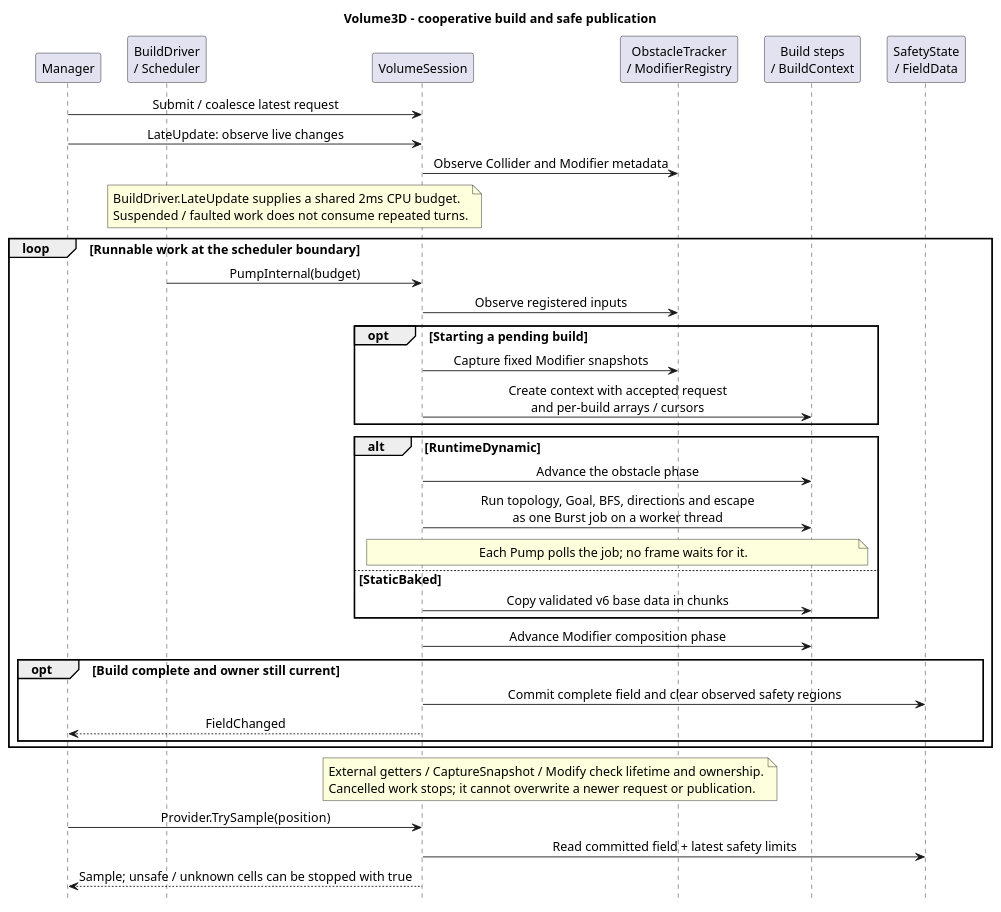
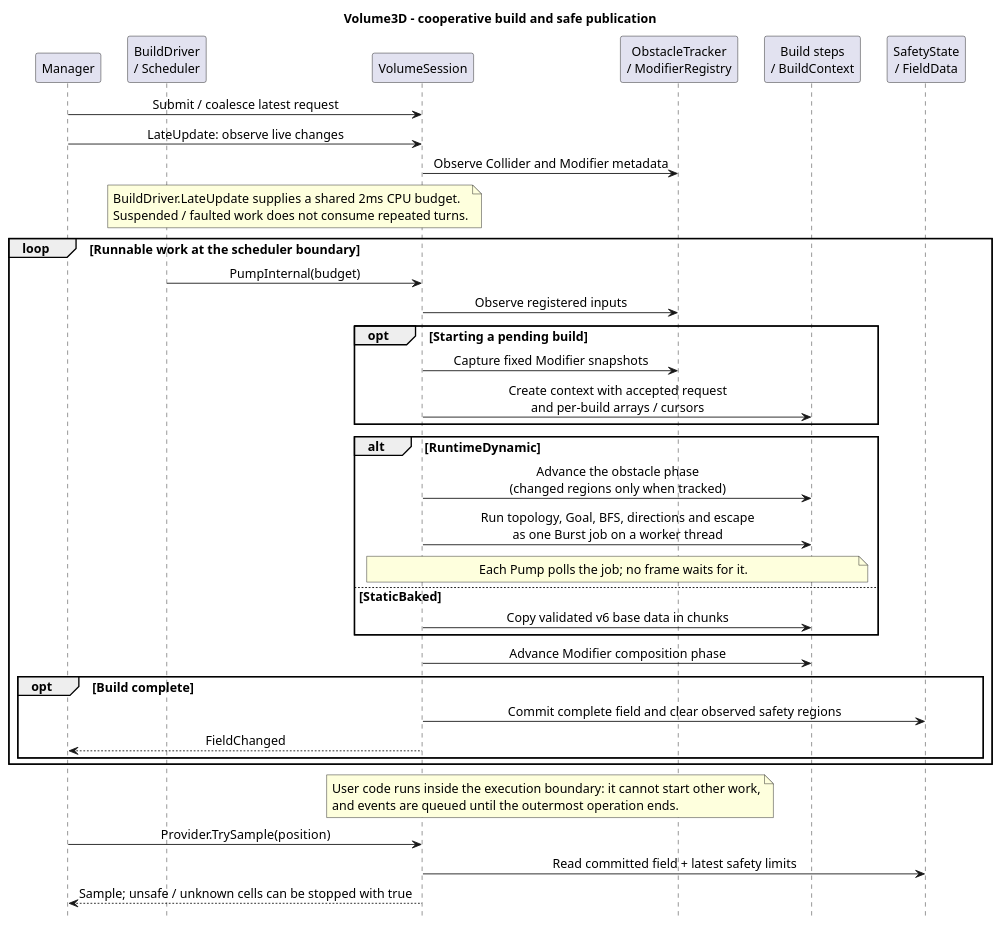
Before and after one commit to youwonsock/tool-unity-editor: the diagram in ToyProject/Assets/_FlowField/Docs/flowfield-volume.puml, drawn with PlantUML. The commit also changed 6 other files, not shown here.

First line of the commit message:
FlowField: 샘플 C 키를 지우고 실제 조작 확인과 문서를 마무리

```diff
--- a/ToyProject/Assets/_FlowField/Docs/flowfield-volume.puml
+++ b/ToyProject/Assets/_FlowField/Docs/flowfield-volume.puml
@@ -1,46 +1,46 @@
 @startuml flowfield-volume
 skinparam shadowing false
 skinparam defaultFontName SansSerif
 skinparam defaultFontSize 14
 skinparam sequenceMessageAlign center
 skinparam ParticipantPadding 10
 skinparam BoxPadding 6
 hide footbox
 title Volume3D - cooperative build and safe publication
 
 participant "Manager" as M
 participant "BuildDriver\n/ Scheduler" as Q
 participant "VolumeSession" as S
 participant "ObstacleTracker\n/ ModifierRegistry" as O
 participant "Build steps\n/ BuildContext" as B
 participant "SafetyState\n/ FieldData" as P
 
 M -> S : Submit / coalesce latest request
 M -> S : LateUpdate: observe live changes
 S -> O : Observe Collider and Modifier metadata
 note over Q,S : BuildDriver.LateUpdate supplies a shared 2ms CPU budget.\nSuspended / faulted work does not consume repeated turns.
 loop Runnable work at the scheduler boundary
   Q -> S : PumpInternal(budget)
   S -> O : Observe registered inputs
   opt Starting a pending build
     S -> O : Capture fixed Modifier snapshots
     S -> B : Create context with accepted request\nand per-build arrays / cursors
   end
   alt RuntimeDynamic
-    S -> B : Advance the obstacle phase
+    S -> B : Advance the obstacle phase\n(changed regions only when tracked)
     S -> B : Run topology, Goal, BFS, directions and escape\nas one Burst job on a worker thread
     note over S,B : Each Pump polls the job; no frame waits for it.
   else StaticBaked
     S -> B : Copy validated v6 base data in chunks
   end
   S -> B : Advance Modifier composition phase
-  opt Build complete and owner still current
+  opt Build complete
     S -> P : Commit complete field and clear observed safety regions
     S --> M : FieldChanged
   end
 end
-note over S,O : External getters / CaptureSnapshot / Modify check lifetime and ownership.\nCancelled work stops; it cannot overwrite a newer request or publication.
+note over S,O : User code runs inside the execution boundary: it cannot start other work,\nand events are queued until the outermost operation ends.
 M -> S : Provider.TrySample(position)
 S -> P : Read committed field + latest safety limits
 S --> M : Sample; unsafe / unknown cells can be stopped with true
 @enduml
```
